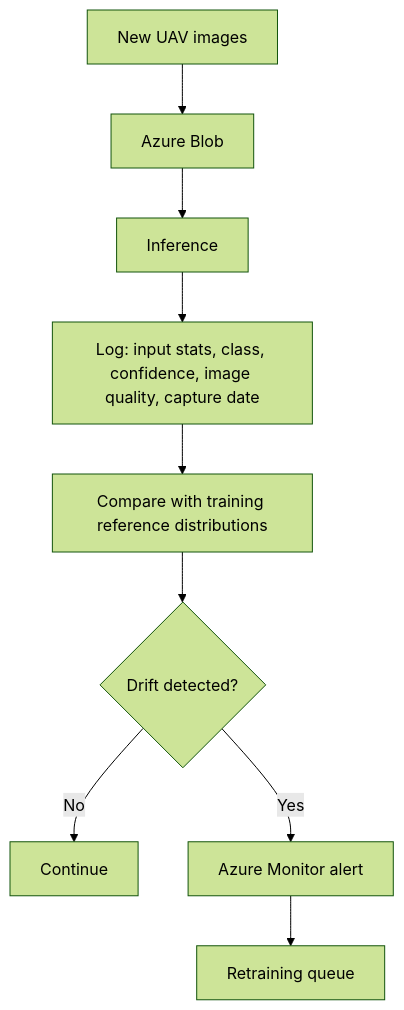
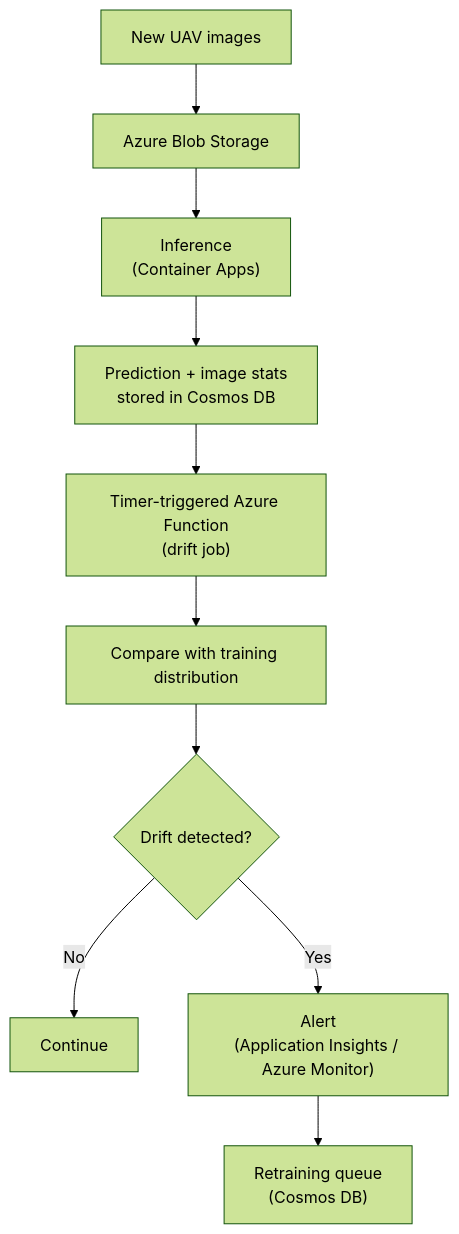
One commit to keshavsukhija9/CropDiseaseXAI_Azure_Cloud_Project_2026 changed the ninth of 11 diagrams in ARCHITECTURE.md. Above: the diagram before and after it, drawn with Mermaid (forest theme). The commit also changed other lines of this file, not shown here.

Commit message:
Updated Architecture of project

````diff
--- a/ARCHITECTURE.md
+++ b/ARCHITECTURE.md
@@ -338,9 +486,12 @@
 ```mermaid
 flowchart TD
-    N["New UAV images"] --> B["Azure Blob"] --> I["Inference"]
-    I --> L["Log: input stats, class, confidence, image quality, capture date"]
-    L --> C["Compare with training reference distributions"]
+    N["New UAV images"] --> B["Azure Blob Storage"]
+    B --> I["Inference<br/>(Container Apps)"]
+    I --> PD["Prediction + image stats<br/>stored in Cosmos DB"]
+    PD --> T["Timer-triggered Azure Function<br/>(drift job)"]
+    T --> C["Compare with training distribution"]
     C --> D{"Drift detected?"}
-    D -->|"No"| K["Continue"]
-    D -->|"Yes"| A["Azure Monitor alert"] --> Q["Retraining queue"]
+    D -->|No| CO["Continue"]
+    D -->|Yes| AL["Alert<br/>(Application Insights / Azure Monitor)"]
+    AL --> RQ["Retraining queue<br/>(Cosmos DB)"]
 ```
````
